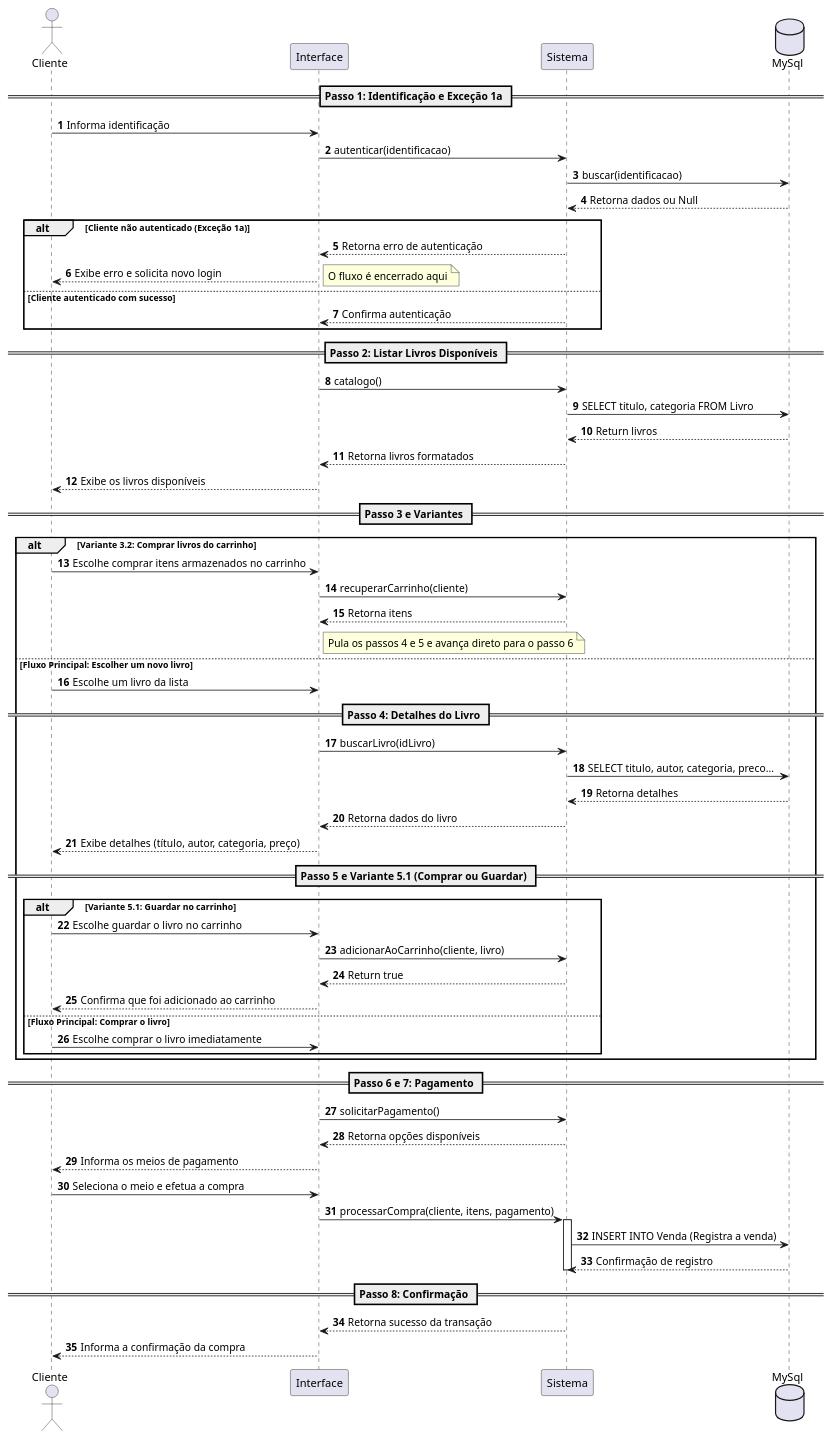
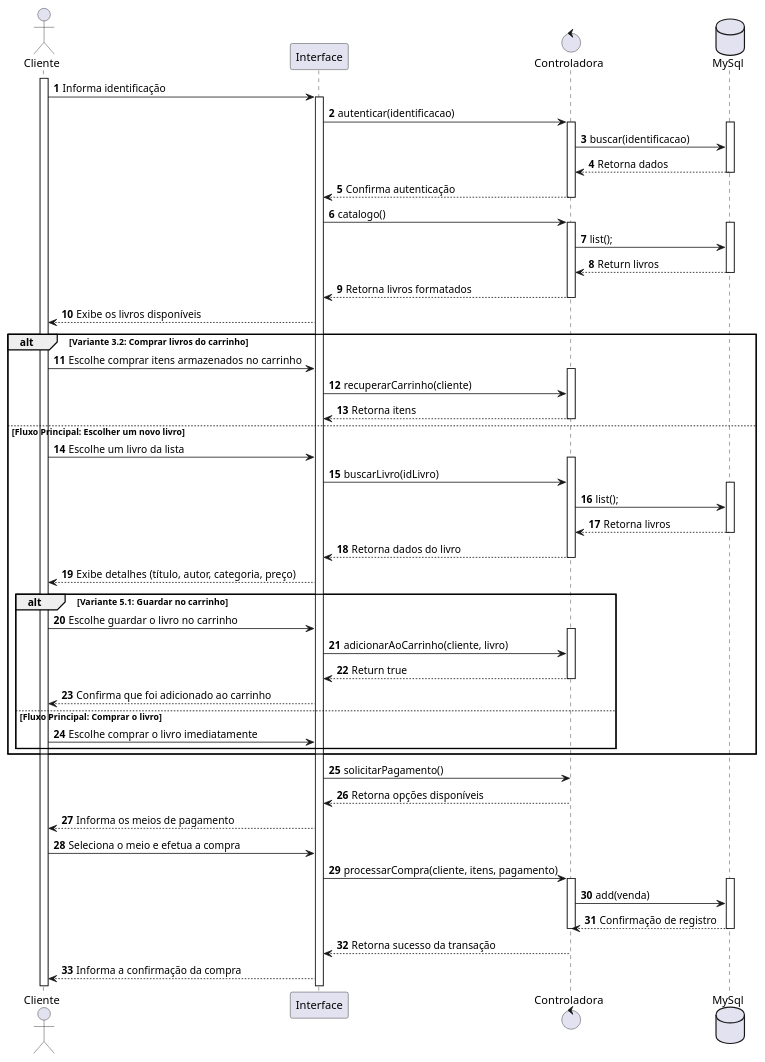
The first of 8 diagrams in Documentação/Diagramas/Diagramas de Sequencia/Script Diagramas de Sequencia.md (Gnunes27/Projeto-DSC), drawn with PlantUML before and after one commit. The commit also changed other lines of this file, not shown here.

Commit message:
Refatorando diagramas de sequência e atualizando interações

````diff
--- a/Documentação/Diagramas/Diagramas de Sequencia/Script Diagramas de Sequencia.md
+++ b/Documentação/Diagramas/Diagramas de Sequencia/Script Diagramas de Sequencia.md
@@ -15,73 +15,83 @@
 
 actor "Cliente" as Cliente
 participant "Interface" as Tela
-participant "Sistema" as Sis
+control "Controladora" as Sis
 database "MySql" as BD
 
-== Passo 1: Identificação e Exceção 1a ==
+activate Cliente
 Cliente -> Tela: Informa identificação
+activate Tela
 Tela -> Sis: autenticar(identificacao)
+activate Sis
+activate BD
 Sis -> BD: buscar(identificacao)
-BD --> Sis: Retorna dados ou Null
+BD --> Sis: Retorna dados 
+deactivate BD
+Sis --> Tela: Confirma autenticação
+deactivate Sis
 
-alt Cliente não autenticado (Exceção 1a)
-    Sis --> Tela: Retorna erro de autenticação
-    Tela --> Cliente: Exibe erro e solicita novo login
-    note right: O fluxo é encerrado aqui
-else Cliente autenticado com sucesso
-    Sis --> Tela: Confirma autenticação
-end
+Tela -> Sis: catalogo()
+activate Sis
+activate BD
+Sis -> BD: list();
+BD --> Sis: Return livros
+deactivate BD
+Sis --> Tela: Retorna livros formatados
 
-== Passo 2: Listar Livros Disponíveis ==
-Tela -> Sis: catalogo()
-Sis -> BD: SELECT titulo, categoria FROM Livro
-BD --> Sis: Return livros
-Sis --> Tela: Retorna livros formatados
+deactivate Sis
 Tela --> Cliente: Exibe os livros disponíveis
 
-== Passo 3 e Variantes ==
 alt Variante 3.2: Comprar livros do carrinho
     Cliente -> Tela: Escolhe comprar itens armazenados no carrinho
+    activate Sis
     Tela -> Sis: recuperarCarrinho(cliente)
     Sis --> Tela: Retorna itens
-    note right of Tela: Pula os passos 4 e 5 e avança direto para o passo 6
+    deactivate Sis
+    
     
 else Fluxo Principal: Escolher um novo livro
     Cliente -> Tela: Escolhe um livro da lista
     
-    == Passo 4: Detalhes do Livro ==
+    activate Sis
     Tela -> Sis: buscarLivro(idLivro)
-    Sis -> BD: SELECT titulo, autor, categoria, preco...
-    BD --> Sis: Retorna detalhes 
+    activate BD
+    Sis -> BD: list();
+    BD --> Sis: Retorna livros
+    deactivate BD
     Sis --> Tela: Retorna dados do livro
+    deactivate Sis
     Tela --> Cliente: Exibe detalhes (título, autor, categoria, preço)
     
-    == Passo 5 e Variante 5.1 (Comprar ou Guardar) ==
+    
     alt Variante 5.1: Guardar no carrinho
         Cliente -> Tela: Escolhe guardar o livro no carrinho
+        activate Sis
         Tela -> Sis: adicionarAoCarrinho(cliente, livro)
         Sis --> Tela: Return true
+        deactivate Sis
         Tela --> Cliente: Confirma que foi adicionado ao carrinho
     else Fluxo Principal: Comprar o livro
         Cliente -> Tela: Escolhe comprar o livro imediatamente
     end
 end
 
-== Passo 6 e 7: Pagamento ==
+activate Sis
 Tela -> Sis: solicitarPagamento()
 Sis --> Tela: Retorna opções disponíveis
+deactivate Sis
 Tela --> Cliente: Informa os meios de pagamento
 
 Cliente -> Tela: Seleciona o meio e efetua a compra
 Tela -> Sis: processarCompra(cliente, itens, pagamento)
 activate Sis
-Sis -> BD: INSERT INTO Venda (Registra a venda)
+activate BD
+Sis -> BD: add(venda)
 BD --> Sis: Confirmação de registro
+deactivate BD
 deactivate Sis
 
-== Passo 8: Confirmação ==
+
 Sis --> Tela: Retorna sucesso da transação
 Tela --> Cliente: Informa a confirmação da compra
-
 @enduml
 ```
````
